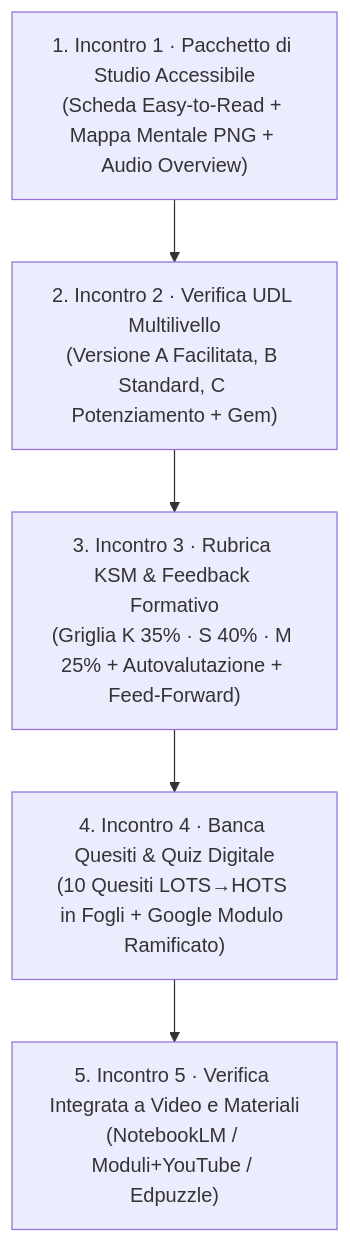
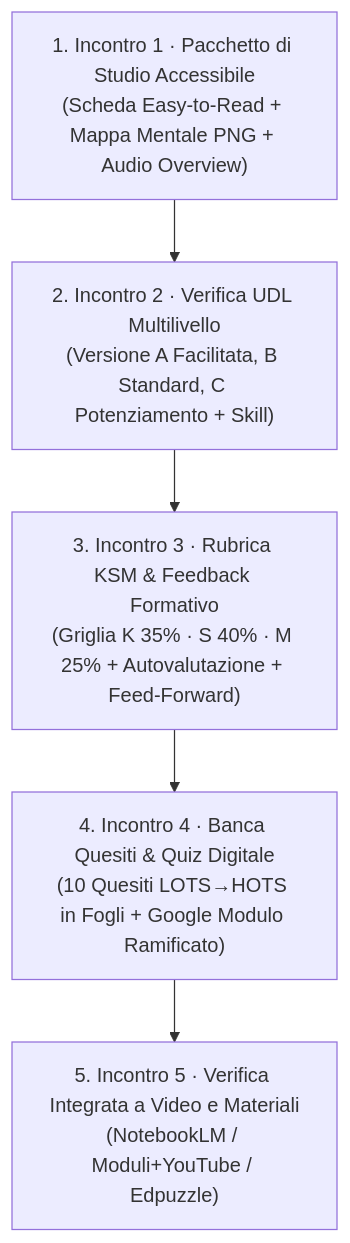
One commit to Amarte81/valutare-per-crescere-ia changed the diagram in Incontro_5/Incontro_5_Dispensa_Studio_Approfondito.md. Above: the diagram before and after it, drawn with Mermaid. The commit also changed 13 other files, not shown here.

````diff
--- a/Incontro_5/Incontro_5_Dispensa_Studio_Approfondito.md
+++ b/Incontro_5/Incontro_5_Dispensa_Studio_Approfondito.md
@@ -81,9 +81,9 @@
 ```mermaid
 flowchart TB
     K1["1. Incontro 1 · Pacchetto di Studio Accessibile<br/>(Scheda Easy-to-Read + Mappa Mentale PNG + Audio Overview)"]
-    K2["2. Incontro 2 · Verifica UDL Multilivello<br/>(Versione A Facilitata, B Standard, C Potenziamento + Gem)"]
+    K2["2. Incontro 2 · Verifica UDL Multilivello<br/>(Versione A Facilitata, B Standard, C Potenziamento + Skill)"]
     K3["3. Incontro 3 · Rubrica KSM & Feedback Formativo<br/>(Griglia K 35% · S 40% · M 25% + Autovalutazione + Feed-Forward)"]
     K4["4. Incontro 4 · Banca Quesiti & Quiz Digitale<br/>(10 Quesiti LOTS→HOTS in Fogli + Google Modulo Ramificato)"]
     K5["5. Incontro 5 · Verifica Integrata a Video e Materiali<br/>(NotebookLM / Moduli+YouTube / Edpuzzle)"]
     K1 --> K2 --> K3 --> K4 --> K5
 ```
````
